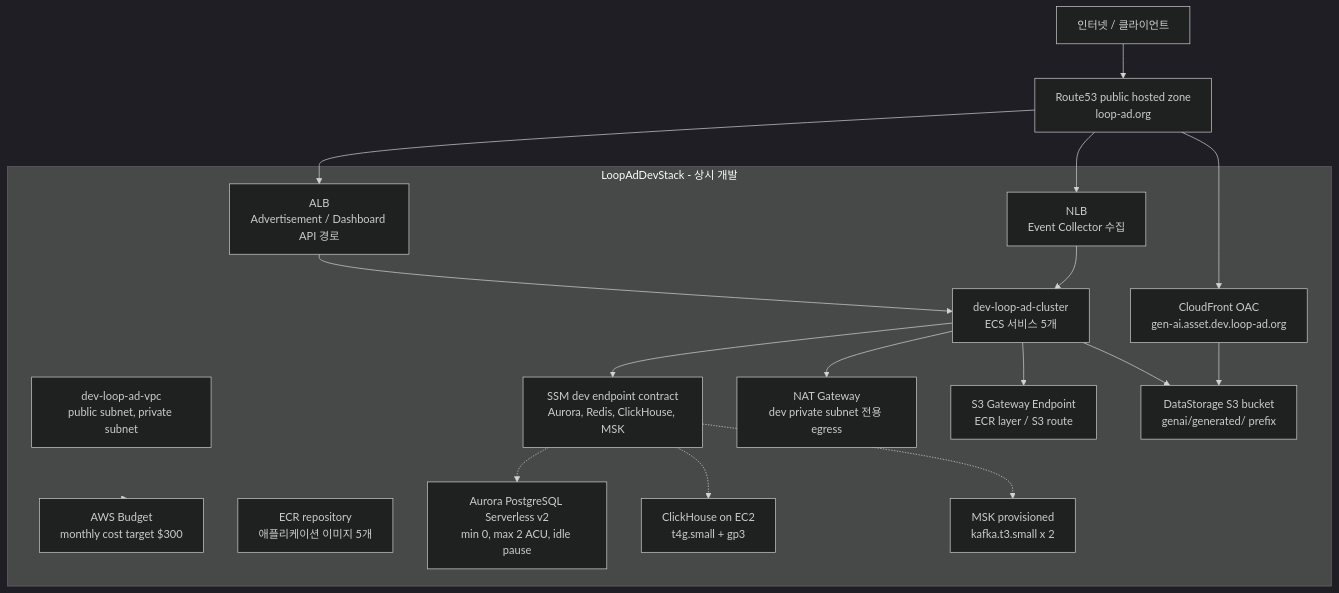
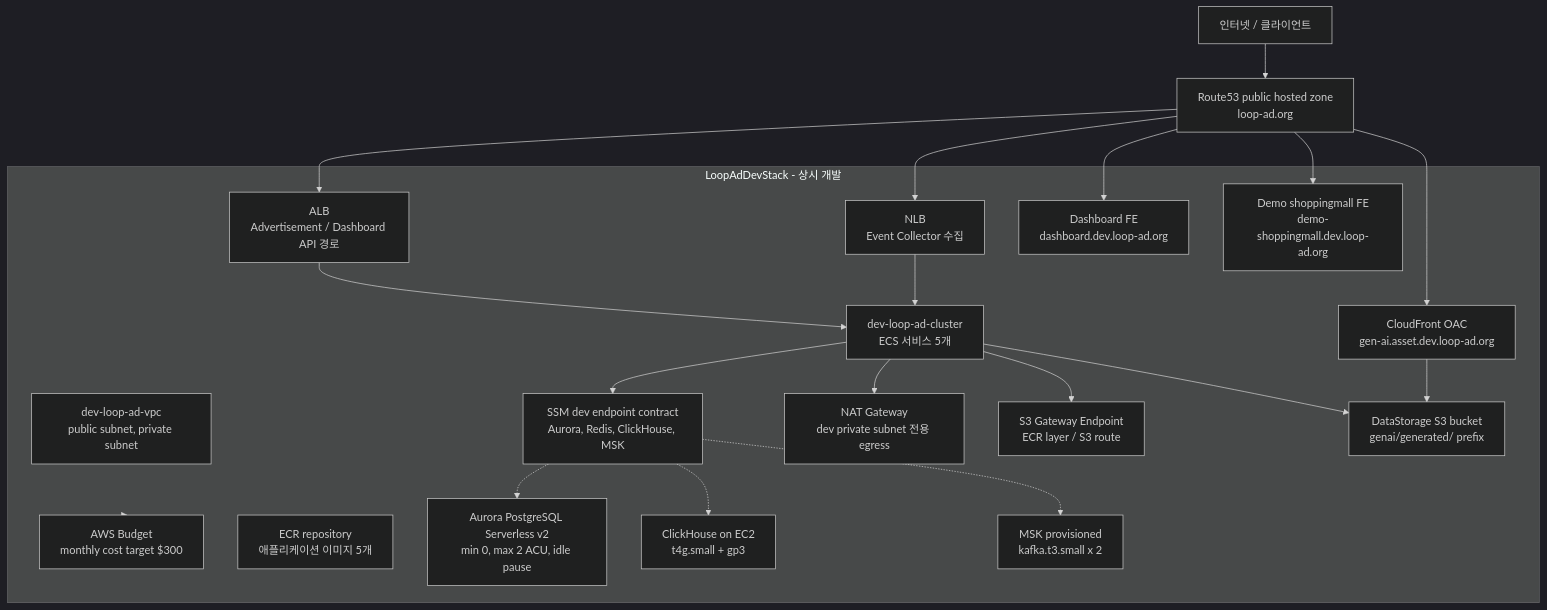
One commit to krafton-jungle-project-4team/loop-ad_infra changed the diagram in README.md. Above: the diagram before and after it, drawn with Mermaid (dark theme). The commit also changed other lines of this file and 7 other files, not shown here.

````diff
--- a/README.md
+++ b/README.md
@@ -25,39 +26,43 @@
 ```mermaid
 flowchart TB
     Internet["인터넷 / 클라이언트"]
     Route53["Route53 public hosted zone<br/>loop-ad.org"]
 
     subgraph DevStack["LoopAdDevStack - 상시 개발"]
         Vpc["dev-loop-ad-vpc<br/>public subnet, private subnet"]
         Nat["NAT Gateway<br/>dev private subnet 전용 egress"]
         S3Endpoint["S3 Gateway Endpoint<br/>ECR layer / S3 route"]
         DataStorageS3["DataStorage S3 bucket<br/>genai/generated/ prefix"]
+        DashboardWeb["Dashboard FE<br/>dashboard.dev.loop-ad.org"]
+        DemoShoppingmallWeb["Demo shoppingmall FE<br/>demo-shoppingmall.dev.loop-ad.org"]
         GenAiAssetsCdn["CloudFront OAC<br/>gen-ai.asset.dev.loop-ad.org"]
         Budget["AWS Budget<br/>monthly cost target $300"]
         Ecr["ECR repository<br/>애플리케이션 이미지 5개"]
         DevAlb["ALB<br/>Advertisement / Dashboard API 경로"]
         DevNlb["NLB<br/>Event Collector 수집"]
         DevEcs["dev-loop-ad-cluster<br/>ECS 서비스 5개"]
         DevContracts["SSM dev endpoint contract<br/>Aurora, Redis, ClickHouse, MSK"]
         Aurora["Aurora PostgreSQL Serverless v2<br/>min 0, max 2 ACU, idle pause"]
         ClickHouse["ClickHouse on EC2<br/>t4g.small + gp3"]
         Msk["MSK provisioned<br/>kafka.t3.small x 2"]
     end
 
     Internet --> Route53
     Route53 --> DevAlb
     Route53 --> DevNlb
+    Route53 --> DashboardWeb
+    Route53 --> DemoShoppingmallWeb
     Route53 --> GenAiAssetsCdn
 
     DevAlb --> DevEcs
     DevNlb --> DevEcs
     DevEcs --> DevContracts
     DevEcs --> Nat
     DevEcs --> S3Endpoint
     DevEcs --> DataStorageS3
     GenAiAssetsCdn --> DataStorageS3
     DevContracts -.-> Aurora
     DevContracts -.-> ClickHouse
     DevContracts -.-> Msk
     DevStack --> Budget
 ```
````
